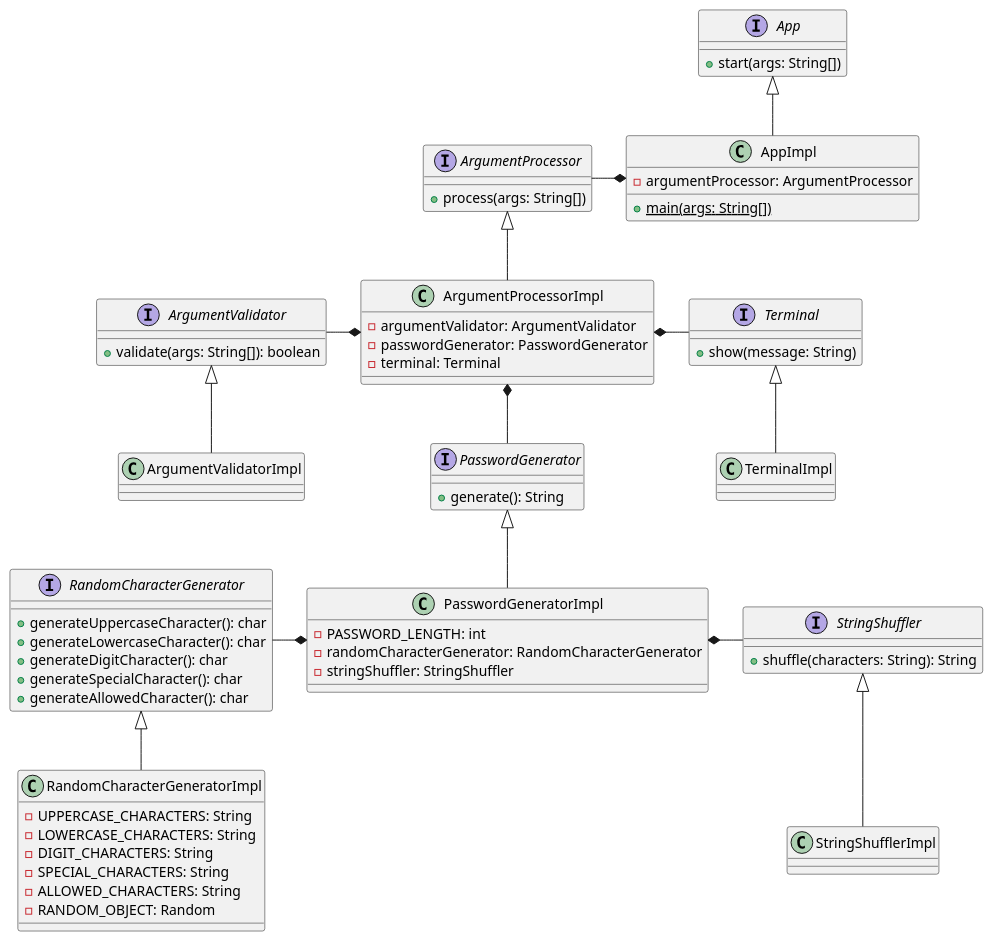
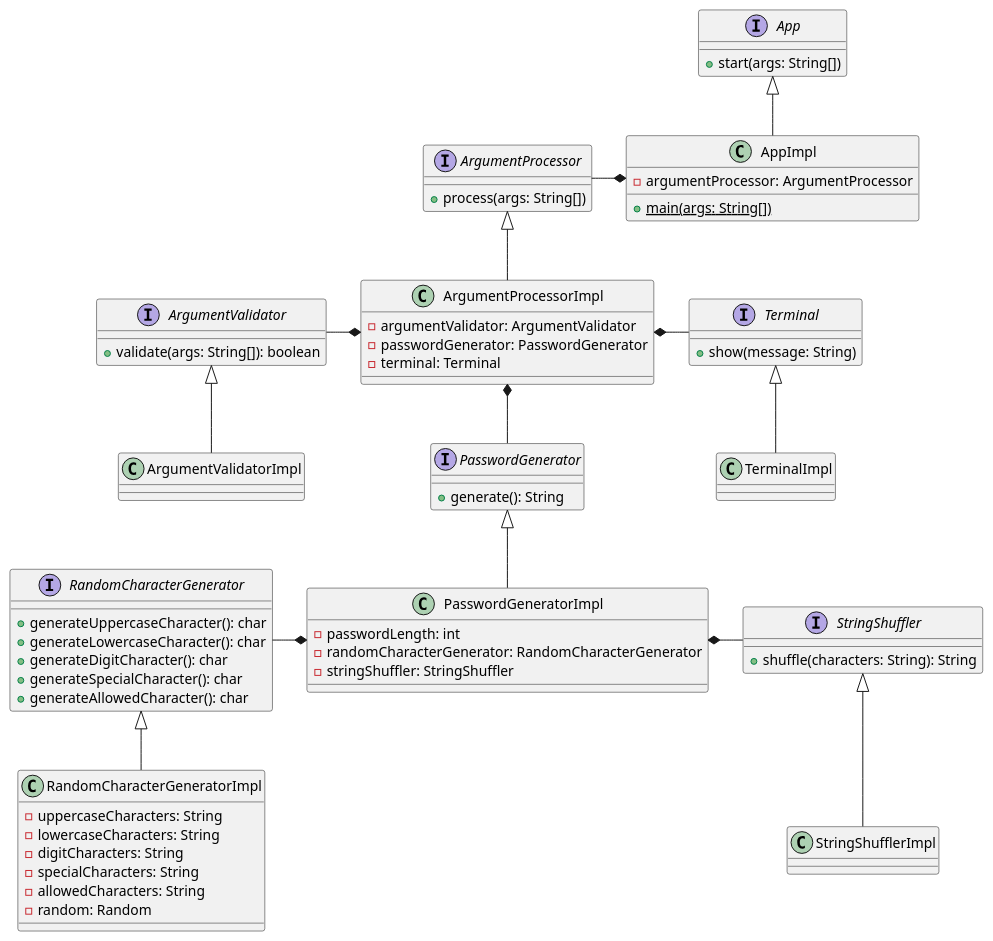
The diagram in diagrams/Class.puml (djvelimir/demo-java-cli), drawn with PlantUML before and after one commit. The commit also changed 3 other files, not shown here.

```diff
--- a/diagrams/Class.puml
+++ b/diagrams/Class.puml
@@ -1,85 +1,85 @@
 @startuml Class
 interface App {
     + start(args: String[])
 }
 
 class AppImpl {
     - argumentProcessor: ArgumentProcessor
     + {static} main(args: String[])
 }
 
 interface ArgumentValidator {
     + validate(args: String[]): boolean
 }
 
 class ArgumentValidatorImpl {
 }
 
 interface ArgumentProcessor {
     + process(args: String[])
 }
 
 class ArgumentProcessorImpl {
     - argumentValidator: ArgumentValidator
     - passwordGenerator: PasswordGenerator
     - terminal: Terminal
 }
 
 interface Terminal {
     + show(message: String)
 }
 
 class TerminalImpl {
 }
 
 interface PasswordGenerator {
     + generate(): String
 }
 
 class PasswordGeneratorImpl {
-    - PASSWORD_LENGTH: int
+    - passwordLength: int
     - randomCharacterGenerator: RandomCharacterGenerator
     - stringShuffler: StringShuffler
 }
 
 interface RandomCharacterGenerator {
     + generateUppercaseCharacter(): char
     + generateLowercaseCharacter(): char
     + generateDigitCharacter(): char
     + generateSpecialCharacter(): char
     + generateAllowedCharacter(): char
 }
 
 class RandomCharacterGeneratorImpl {
-    - UPPERCASE_CHARACTERS: String
-    - LOWERCASE_CHARACTERS: String
-    - DIGIT_CHARACTERS: String
-    - SPECIAL_CHARACTERS: String
-    - ALLOWED_CHARACTERS: String
-    - RANDOM_OBJECT: Random
+    - uppercaseCharacters: String
+    - lowercaseCharacters: String
+    - digitCharacters: String
+    - specialCharacters: String
+    - allowedCharacters: String
+    - random: Random
 }
 
 interface StringShuffler {
     + shuffle(characters: String): String
 }
 
 class StringShufflerImpl {
 }
 
 ArgumentValidator <|-- ArgumentValidatorImpl
 ArgumentProcessor <|-- ArgumentProcessorImpl
 Terminal <|-- TerminalImpl
 PasswordGenerator <|-- PasswordGeneratorImpl
 RandomCharacterGenerator <|-- RandomCharacterGeneratorImpl
 StringShuffler <|-- StringShufflerImpl
 App <|-- AppImpl
 
 AppImpl *--l ArgumentProcessor
 
 ArgumentProcessorImpl *--l ArgumentValidator
 ArgumentProcessorImpl *--d PasswordGenerator
 ArgumentProcessorImpl *--r Terminal
 
 PasswordGeneratorImpl *--l RandomCharacterGenerator
 PasswordGeneratorImpl *--r StringShuffler
 @enduml
```
